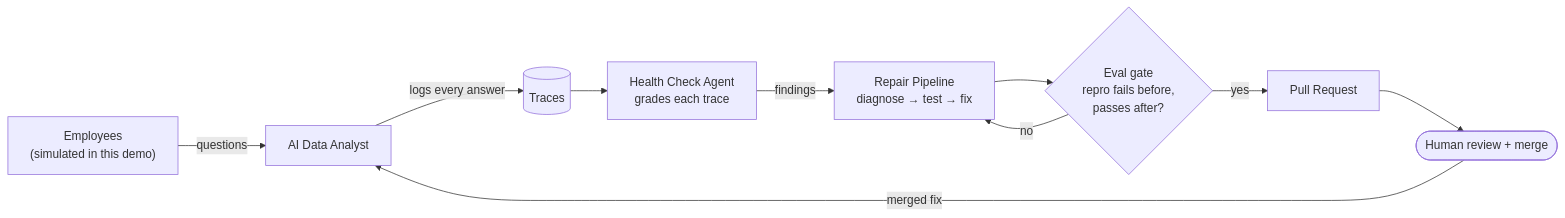
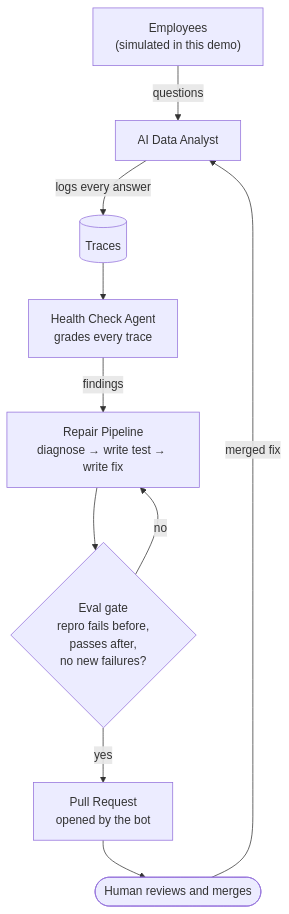
Before and after one commit to premsai-pendela/NexusIQAI-Platform: the second of 2 diagrams in README.md, drawn with Mermaid.

Commit message:
README: lay the loop diagram out top-down so its labels are readable
The LR layout stretched nine nodes across one row, shrinking every label to
near-illegible at GitHub's rendered width. Top-down gives each node its full
width back.

````diff
--- a/README.md
+++ b/README.md
@@ -126,12 +126,12 @@
 ```mermaid
-flowchart LR
-    Emp["Employees<br/>(simulated in this demo)"] -->|questions| Analyst[AI Data Analyst]
-    Analyst -->|logs every answer| Traces[(Traces)]
-    Traces --> HC["Health Check Agent<br/>grades each trace"]
-    HC -->|findings| Repair["Repair Pipeline<br/>diagnose → test → fix"]
-    Repair --> Gate{"Eval gate<br/>repro fails before,<br/>passes after?"}
+flowchart TB
+    Emp["Employees<br/>(simulated in this demo)"] -->|questions| Analyst["AI Data Analyst"]
+    Analyst -->|logs every answer| Traces[("Traces")]
+    Traces --> HC["Health Check Agent<br/>grades every trace"]
+    HC -->|findings| Repair["Repair Pipeline<br/>diagnose → write test → write fix"]
+    Repair --> Gate{"Eval gate<br/>repro fails before,<br/>passes after,<br/>no new failures?"}
     Gate -->|no| Repair
-    Gate -->|yes| PR[Pull Request]
-    PR --> Human([Human review + merge])
+    Gate -->|yes| PR["Pull Request<br/>opened by the bot"]
+    PR --> Human(["Human reviews and merges"])
     Human -->|merged fix| Analyst
 ```
````
